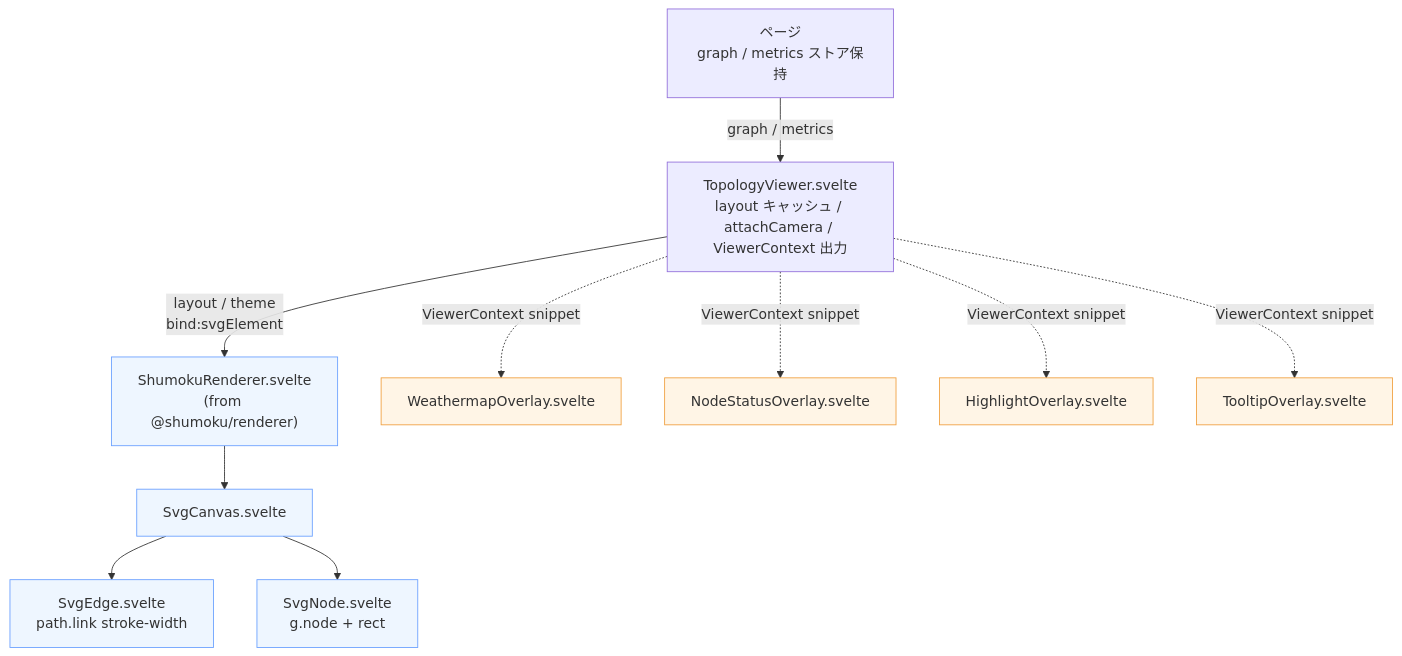
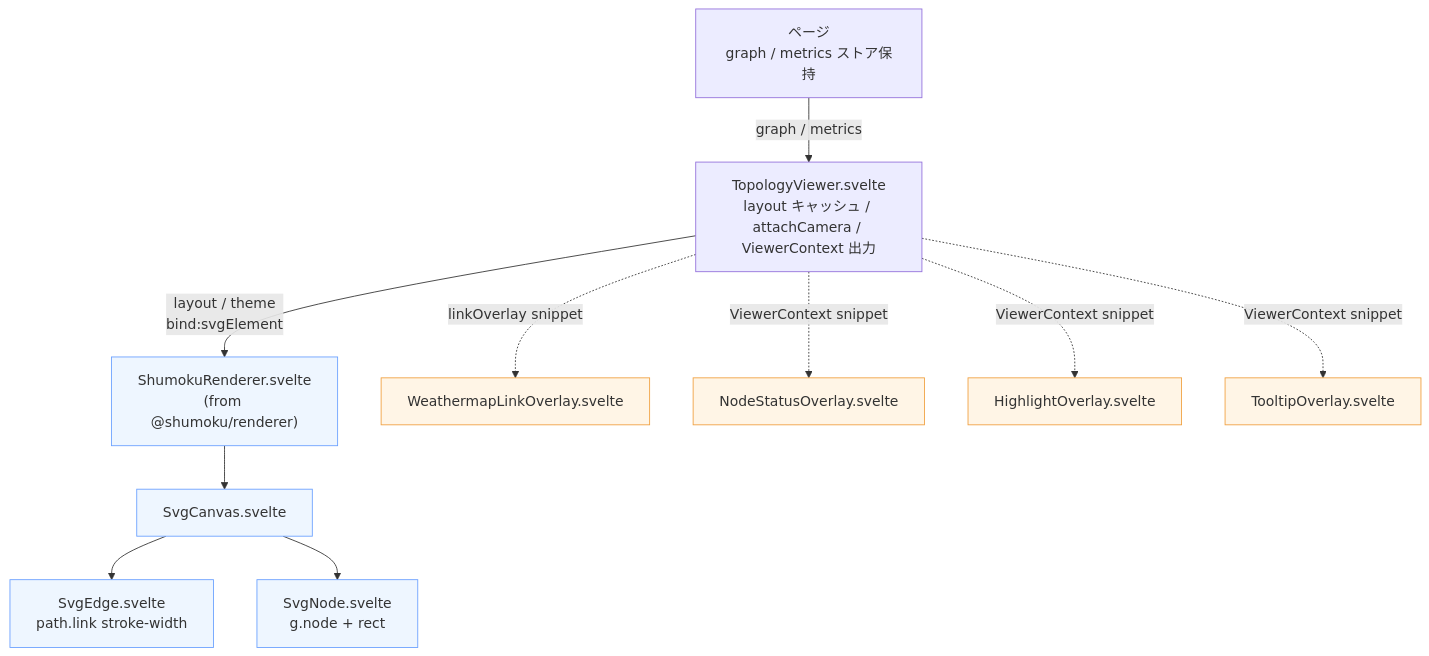
One commit to konoe-akitoshi/shumoku changed the second of 6 diagrams in apps/server/docs/topology-rendering.md. Above: the diagram before and after it, drawn with Mermaid. The commit also changed other lines of this file and 18 other files, not shown here.

````diff
--- a/apps/server/docs/topology-rendering.md
+++ b/apps/server/docs/topology-rendering.md
@@ -122,28 +147,28 @@
 ```mermaid
 flowchart TD
   PAGE["ページ<br/>graph / metrics ストア保持"]
   TV["TopologyViewer.svelte<br/>layout キャッシュ / attachCamera / ViewerContext 出力"]
   SR["ShumokuRenderer.svelte<br/>(from @shumoku/renderer)"]
   SC["SvgCanvas.svelte"]
   SE["SvgEdge.svelte<br/>path.link stroke-width"]
   SN["SvgNode.svelte<br/>g.node + rect"]
-  WMO["WeathermapOverlay.svelte"]
+    WML["WeathermapLinkOverlay.svelte"]
   NSO["NodeStatusOverlay.svelte"]
   HLO["HighlightOverlay.svelte"]
   TTO["TooltipOverlay.svelte"]
 
   PAGE -->|graph / metrics| TV
   TV -->|layout / theme<br/>bind:svgElement| SR
   SR --> SC
   SC --> SE
   SC --> SN
-  TV -.ViewerContext snippet.-> WMO
+  TV -.linkOverlay snippet.-> WML
   TV -.ViewerContext snippet.-> NSO
   TV -.ViewerContext snippet.-> HLO
   TV -.ViewerContext snippet.-> TTO
 
   classDef renderer fill:#eef6ff,stroke:#6aa0ff
   classDef overlay fill:#fff5e6,stroke:#f0a040
   class SR,SC,SE,SN renderer
-  class WMO,NSO,HLO,TTO overlay
+  class WML,NSO,HLO,TTO overlay
 ```
````
